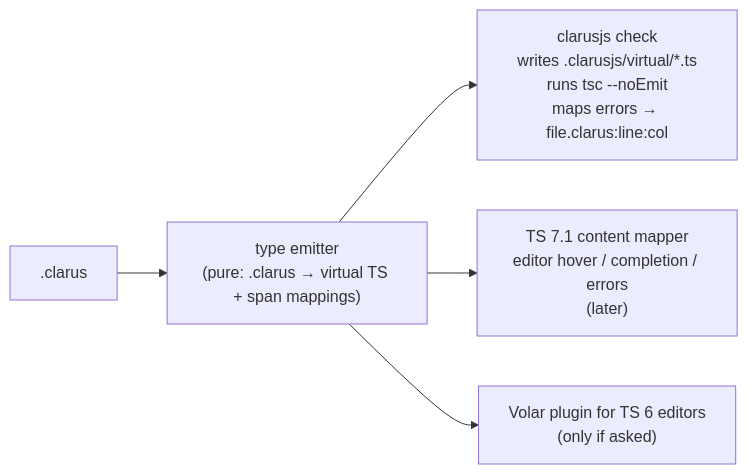
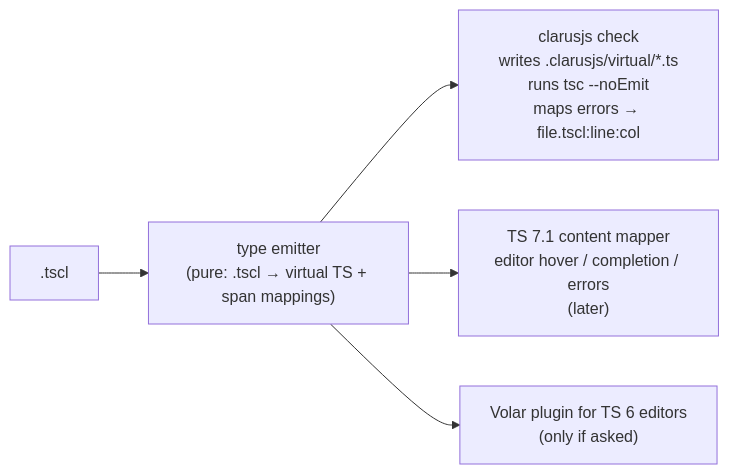
One commit to forinda/clarusjs changed the eighth of 8 diagrams in docs/architecture.md. Above: the diagram before and after it, drawn with Mermaid. The commit also changed other lines of this file and 135 other files, not shown here.

First line of the commit message:
feat!: rename the component extension from .clarus to .tscl

````diff
--- a/docs/architecture.md
+++ b/docs/architecture.md
@@ -475,7 +475,7 @@
 ```mermaid
 flowchart LR
-  SRC[".clarus"] --> GEN["type emitter<br/>(pure: .clarus → virtual TS + span mappings)"]
-  GEN --> CLI["clarusjs check<br/>writes .clarusjs/virtual/*.ts<br/>runs tsc --noEmit<br/>maps errors → file.clarus:line:col"]
+  SRC[".tscl"] --> GEN["type emitter<br/>(pure: .tscl → virtual TS + span mappings)"]
+  GEN --> CLI["clarusjs check<br/>writes .clarusjs/virtual/*.ts<br/>runs tsc --noEmit<br/>maps errors → file.tscl:line:col"]
   GEN --> CM["TS 7.1 content mapper<br/>editor hover / completion / errors<br/>(later)"]
   GEN --> VOL["Volar plugin for TS 6 editors<br/>(only if asked)"]
 ```
````
